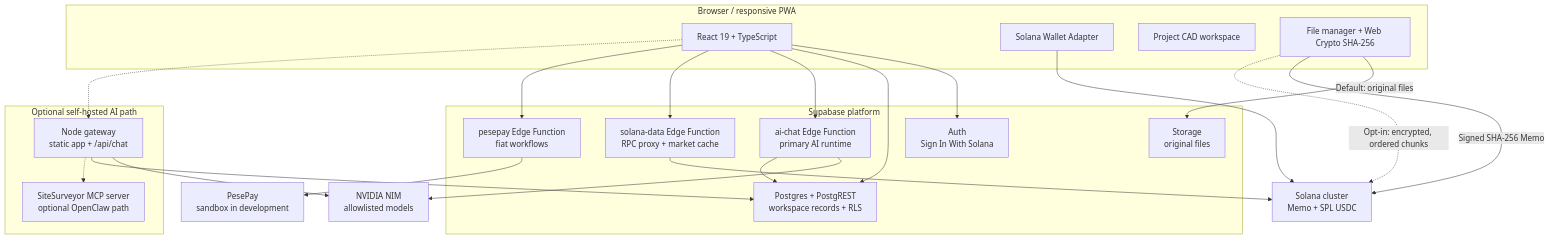
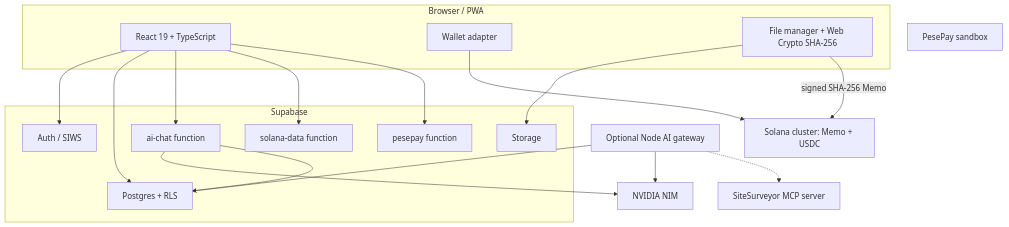
Before and after one commit to ConsoleMangena/sitesurveyor-framework: the diagram in DESIGN.md, drawn with Mermaid. The commit also changed other lines of this file and 8 other files, not shown here.

````diff
--- a/DESIGN.md
+++ b/DESIGN.md
@@ -19,45 +28,35 @@
 ```mermaid
 flowchart TB
-    subgraph Client["Browser / responsive PWA"]
+    subgraph Client["Browser / PWA"]
         UI["React 19 + TypeScript"]
-        WA["Solana Wallet Adapter"]
-        CAD["Project CAD workspace"]
+        WA["Wallet adapter"]
         FM["File manager + Web Crypto SHA-256"]
     end
-
-    subgraph Supabase["Supabase platform"]
-        AUTH["Auth<br/>Sign In With Solana"]
-        DB["Postgres + PostgREST<br/>workspace records + RLS"]
-        STORE["Storage<br/>original files"]
-        AI["ai-chat Edge Function<br/>primary AI runtime"]
-        SD["solana-data Edge Function<br/>RPC proxy + market cache"]
-        PP["pesepay Edge Function<br/>fiat workflows"]
+    subgraph Supabase["Supabase"]
+        AUTH["Auth / SIWS"]
+        DB["Postgres + RLS"]
+        STORE["Storage"]
+        AI["ai-chat function"]
+        SD["solana-data function"]
+        PP["pesepay function"]
     end
-
-    subgraph AIHost["Optional self-hosted AI path"]
-        NODE["Node gateway<br/>static app + /api/chat"]
-        MCP["SiteSurveyor MCP server<br/>optional OpenClaw path"]
-    end
-
-    SOL["Solana cluster<br/>Memo + SPL USDC"]
-    NIM["NVIDIA NIM<br/>allowlisted models"]
-    FIAT["PesePay<br/>sandbox in development"]
+    NODE["Optional Node AI gateway"]
+    MCP["SiteSurveyor MCP server"]
+    SOL["Solana cluster: Memo + USDC"]
+    NIM["NVIDIA NIM"]
+    FIAT["PesePay sandbox"]
 
     UI --> AUTH
     UI --> DB
-    FM -->|"Default: original files"| STORE
     UI --> AI
     UI --> SD
     UI --> PP
+    FM --> STORE
+    FM -->|"signed SHA-256 Memo"| SOL
     WA --> SOL
-    FM -->|"Signed SHA-256 Memo"| SOL
-    FM -. "Opt-in: encrypted, ordered chunks" .-> SOL
     AI --> NIM
     AI --> DB
     NODE --> NIM
     NODE --> DB
     NODE -.-> MCP
-    UI -.-> NODE
-    SD --> SOL
-    PP --> FIAT
 ```
````
